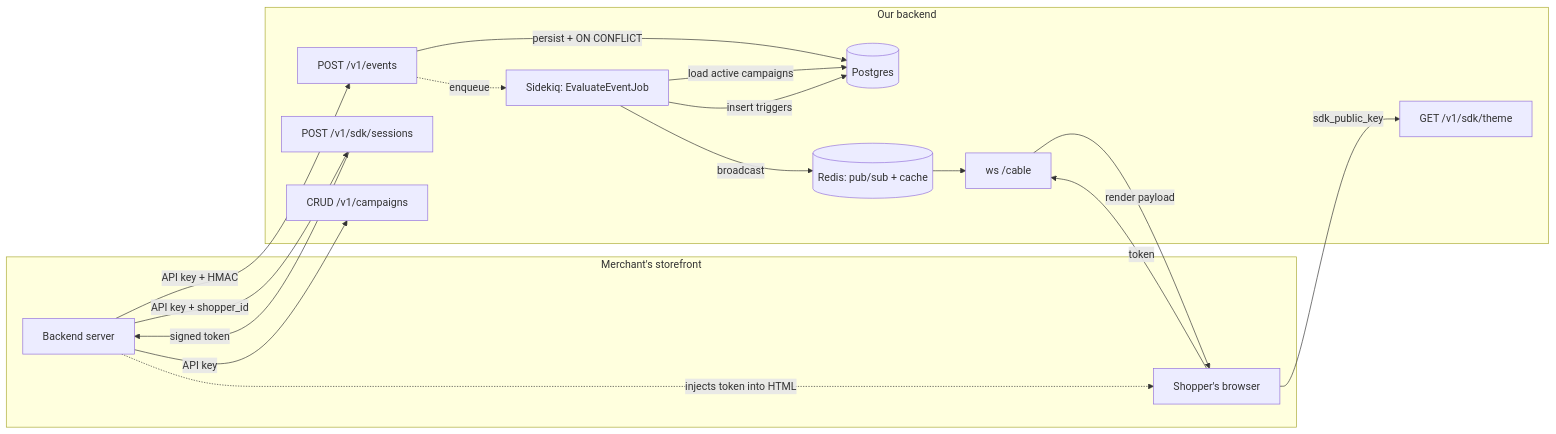
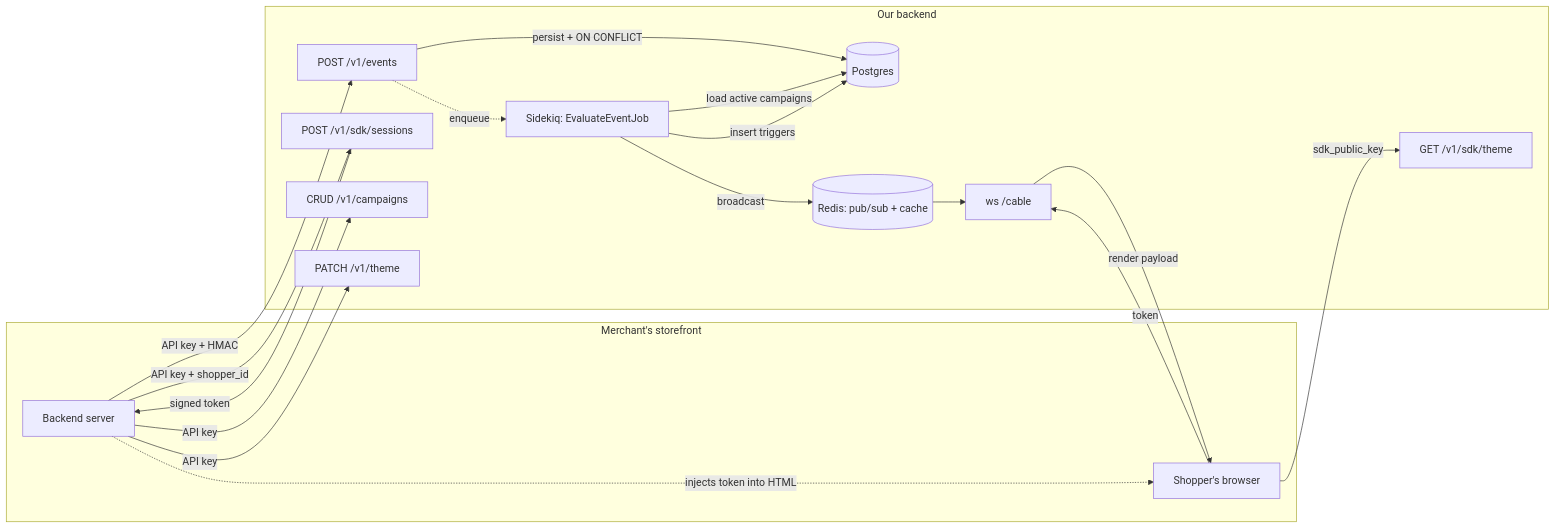
Before and after one commit to rebase-master/99minds-embeddable-widget-platform: the diagram in README.md, drawn with Mermaid. The commit also changed other lines of this file and 3 other files, not shown here.

First line of the commit message:
Add PATCH /v1/theme endpoint + trim README

````diff
--- a/README.md
+++ b/README.md
@@ -159,34 +88,36 @@
 ```mermaid
 flowchart LR
   subgraph storefront["Merchant's storefront"]
     SF[Backend server]
     BR["Shopper's browser"]
   end
 
   subgraph backend["Our backend"]
     EV["POST /v1/events"]
     SE["POST /v1/sdk/sessions"]
     TH["GET /v1/sdk/theme"]
     CM["CRUD /v1/campaigns"]
+    TM["PATCH /v1/theme"]
     WS["ws /cable"]
     SK["Sidekiq: EvaluateEventJob"]
     PG[(Postgres)]
     RD[("Redis: pub/sub + cache")]
   end
 
   SF -- "API key + HMAC" --> EV
   SF -- "API key + shopper_id" --> SE
   SE -- "signed token" --> SF
   SF -. "injects token into HTML" .-> BR
   BR -- token --> WS
   BR -- sdk_public_key --> TH
   SF -- "API key" --> CM
+  SF -- "API key" --> TM
 
   EV -- "persist + ON CONFLICT" --> PG
   EV -. enqueue .-> SK
   SK -- "load active campaigns" --> PG
   SK -- "insert triggers" --> PG
   SK -- broadcast --> RD
   RD --> WS
   WS -- "render payload" --> BR
 ```
````
